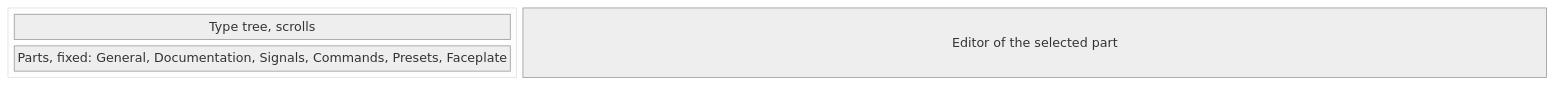
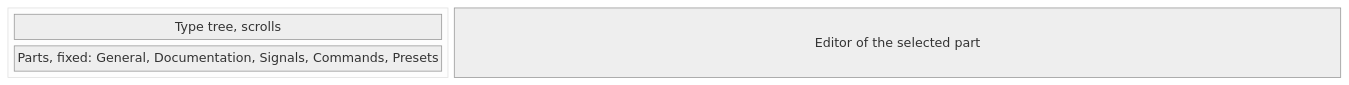
One commit to AlexandreGallais/synoptic-studio-spec changed the eighth of 12 diagrams in metadata/01-types.md. Above: the diagram before and after it, drawn with Mermaid (neutral theme). The commit also changed other lines of this file and 12 other files, not shown here.

````diff
--- a/metadata/01-types.md
+++ b/metadata/01-types.md
@@ -154,10 +152,10 @@
 ```mermaid
 block-beta
     columns 3
     block:left
         columns 1
         tree["Type tree, scrolls"]
-        parts["Parts, fixed: General, Documentation, Signals, Commands, Presets, Faceplate"]
+        parts["Parts, fixed: General, Documentation, Signals, Commands, Presets"]
     end
     editor["Editor of the selected part"]:2
 ```
````
